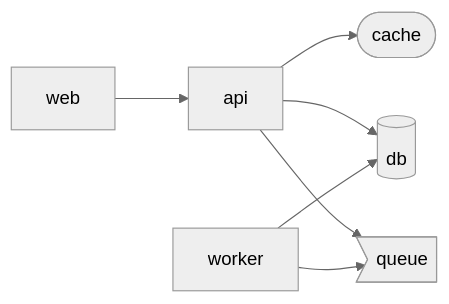
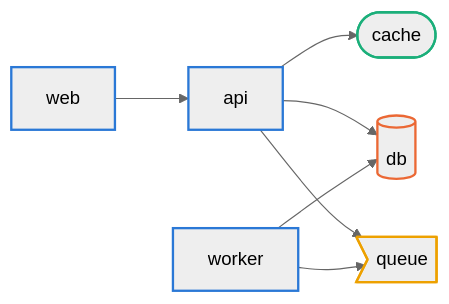
Before and after one commit to edgaragg/trazo: the diagram in ARCHITECTURE.md, drawn with Mermaid (neutral theme). The commit also changed 5 other files, not shown here.

````diff
--- a/ARCHITECTURE.md
+++ b/ARCHITECTURE.md
@@ -6,15 +6,23 @@
 ```mermaid
 flowchart LR
   n_api["api"]
   n_cache(["cache"])
   n_db[("db")]
   n_queue>"queue"]
   n_web["web"]
   n_worker["worker"]
   n_api --> n_cache
   n_api --> n_db
   n_api --> n_queue
   n_web --> n_api
   n_worker --> n_db
   n_worker --> n_queue
+  classDef kind_service stroke:#2a78d6,stroke-width:2px
+  class n_api,n_web,n_worker kind_service
+  classDef kind_database stroke:#eb6834,stroke-width:2px
+  class n_db kind_database
+  classDef kind_cache stroke:#1baf7a,stroke-width:2px
+  class n_cache kind_cache
+  classDef kind_queue stroke:#eda100,stroke-width:2px
+  class n_queue kind_queue
 ```
````
